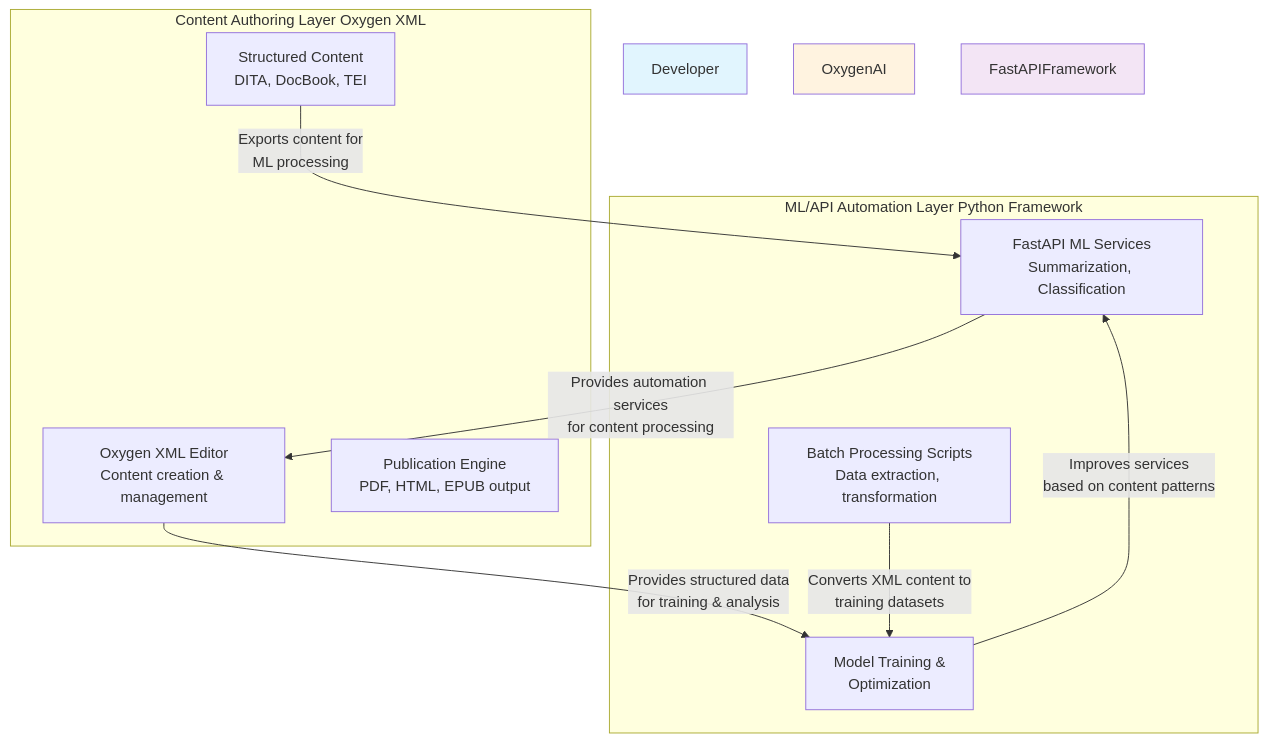
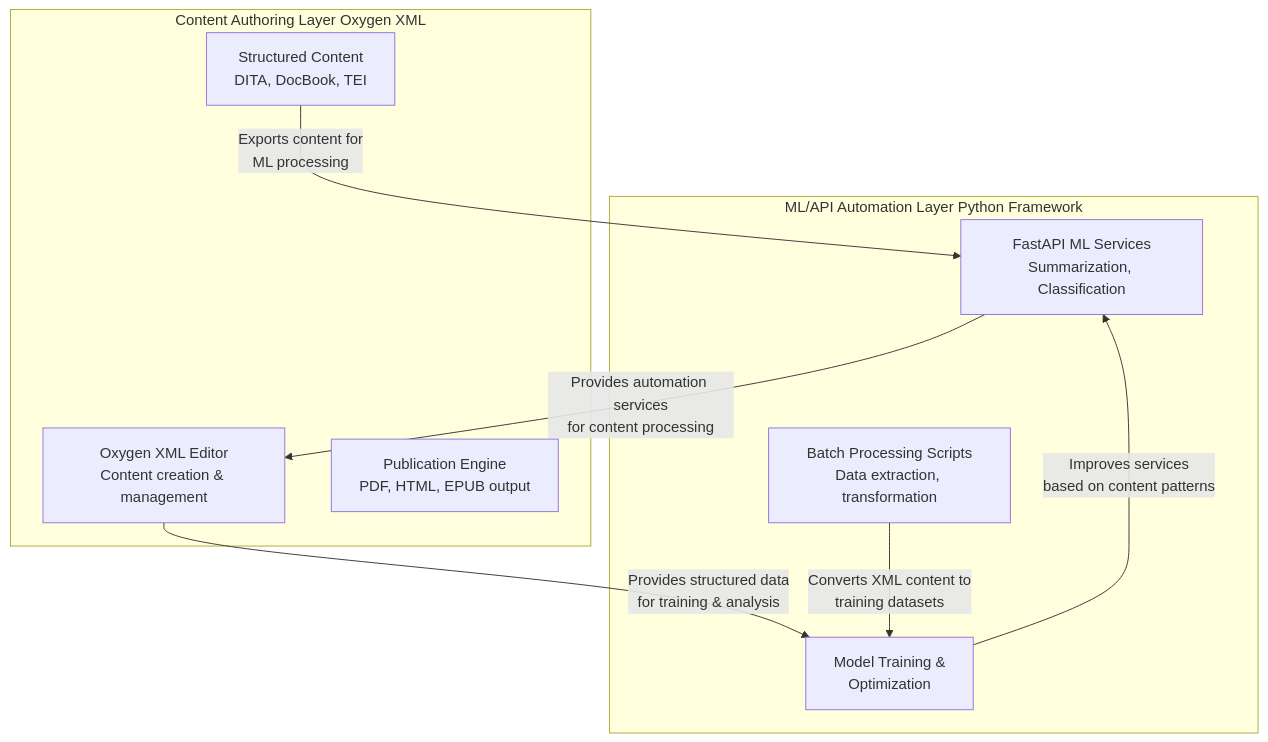
Before and after one commit to hperedo/Python-Script-for-ML-NLP-Development-Framework: the first of 2 diagrams in README.md, drawn with Mermaid.

````diff
--- a/README.md
+++ b/README.md
@@ -41,26 +41,23 @@
 ```mermaid
 flowchart TD
     subgraph ML [ML/API Automation Layer Python Framework]
         A[FastAPI ML Services<br>Summarization, Classification]
         B[Batch Processing Scripts<br>Data extraction, transformation]
         C[Model Training &<br>Optimization]
     end
 
     subgraph XML [Content Authoring Layer Oxygen XML]
         D[Oxygen XML Editor<br>Content creation & management]
         E[Structured Content<br>DITA, DocBook, TEI]
         F[Publication Engine<br>PDF, HTML, EPUB output]
     end
 
     A -- "Provides automation services<br>for content processing" --> D
     D -- "Provides structured data<br>for training & analysis" --> C
     
     B -- "Converts XML content to<br>training datasets" --> C
     E -- "Exports content for<br>ML processing" --> A
     
     C -- "Improves services<br>based on content patterns" --> A
 
-    style Developer fill:#e1f5fe
-    style OxygenAI fill:#fff3e0
-    style FastAPIFramework fill:#f3e5f5
 ```
````
